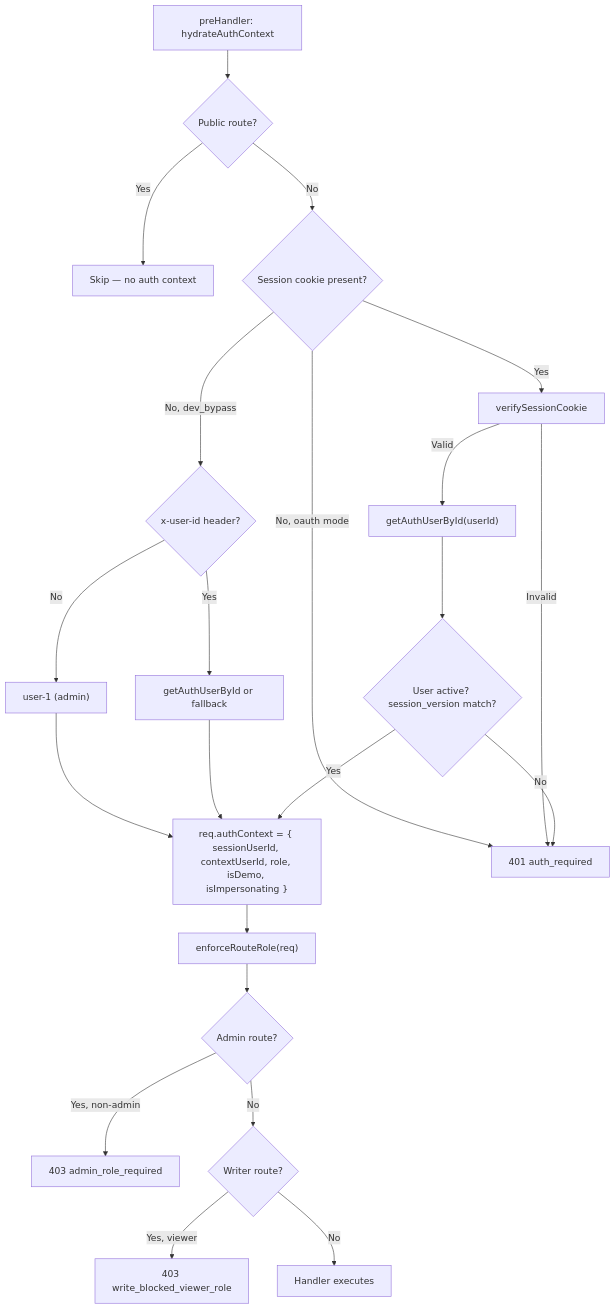
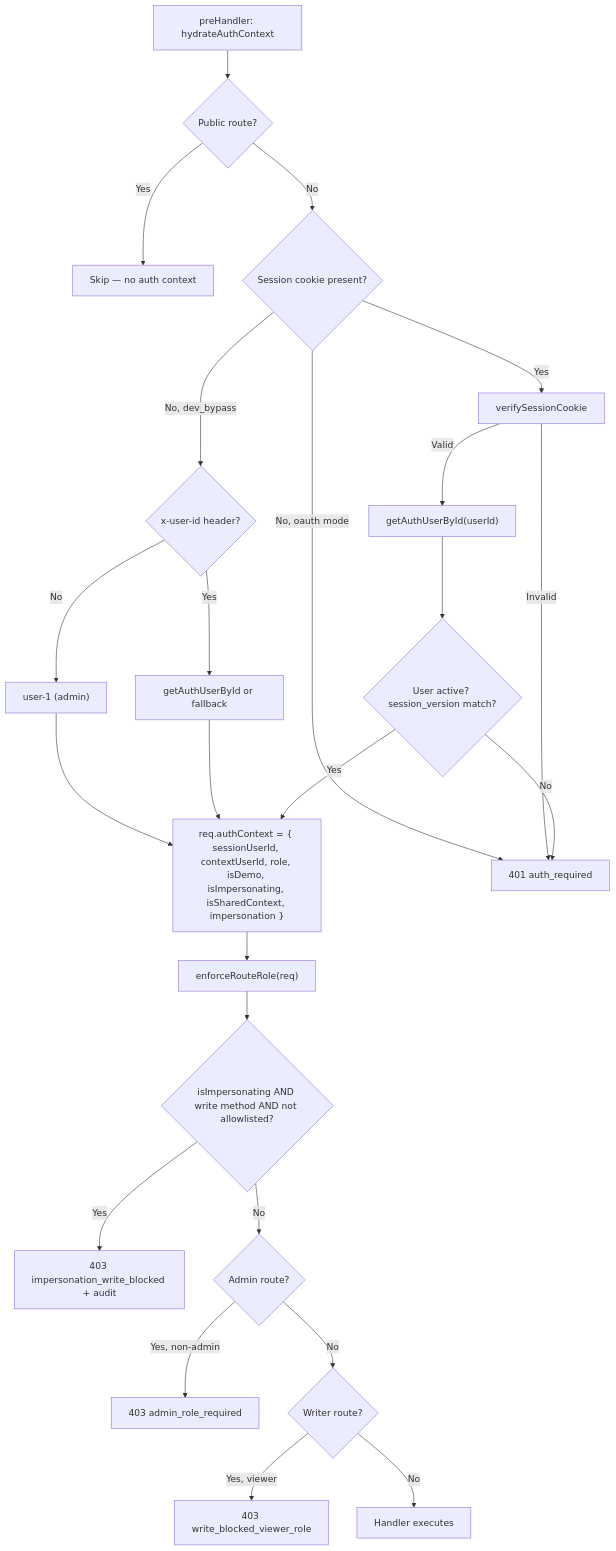
One commit to kzokv/tw-portfolio changed the fifth of 9 diagrams in docs/001-architecture/auth-and-session.md. Above: the diagram before and after it, drawn with Mermaid. The commit also changed other lines of this file and 9 other files, not shown here.

````diff
--- a/docs/001-architecture/auth-and-session.md
+++ b/docs/001-architecture/auth-and-session.md
@@ -168,24 +168,26 @@
 ```mermaid
 flowchart TD
   A["preHandler: hydrateAuthContext"] --> B{Public route?}
   B -->|Yes| Z[Skip — no auth context]
   B -->|No| C{Session cookie present?}
   C -->|Yes| D[verifySessionCookie]
   D -->|Valid| E["getAuthUserById(userId)"]
   E --> F{User active? session_version match?}
-  F -->|Yes| G["req.authContext = { sessionUserId, contextUserId, role, isDemo, isImpersonating }"]
+  F -->|Yes| G["req.authContext = { sessionUserId, contextUserId, role, isDemo, isImpersonating, isSharedContext, impersonation }"]
   F -->|No| H[401 auth_required]
   D -->|Invalid| H
   C -->|No, oauth mode| H
   C -->|No, dev_bypass| I{x-user-id header?}
   I -->|Yes| J["getAuthUserById or fallback"]
   I -->|No| K["user-1 (admin)"]
   J --> G
   K --> G
   G --> L["enforceRouteRole(req)"]
-  L --> M{Admin route?}
-  M -->|Yes, non-admin| N[403 admin_role_required]
-  M -->|No| O{Writer route?}
+  L --> M{isImpersonating AND write method AND not allowlisted?}
+  M -->|Yes| M1[403 impersonation_write_blocked + audit]
+  M -->|No| N1{Admin route?}
+  N1 -->|Yes, non-admin| N[403 admin_role_required]
+  N1 -->|No| O{Writer route?}
   O -->|Yes, viewer| P[403 write_blocked_viewer_role]
   O -->|No| Q[Handler executes]
 ```
````
